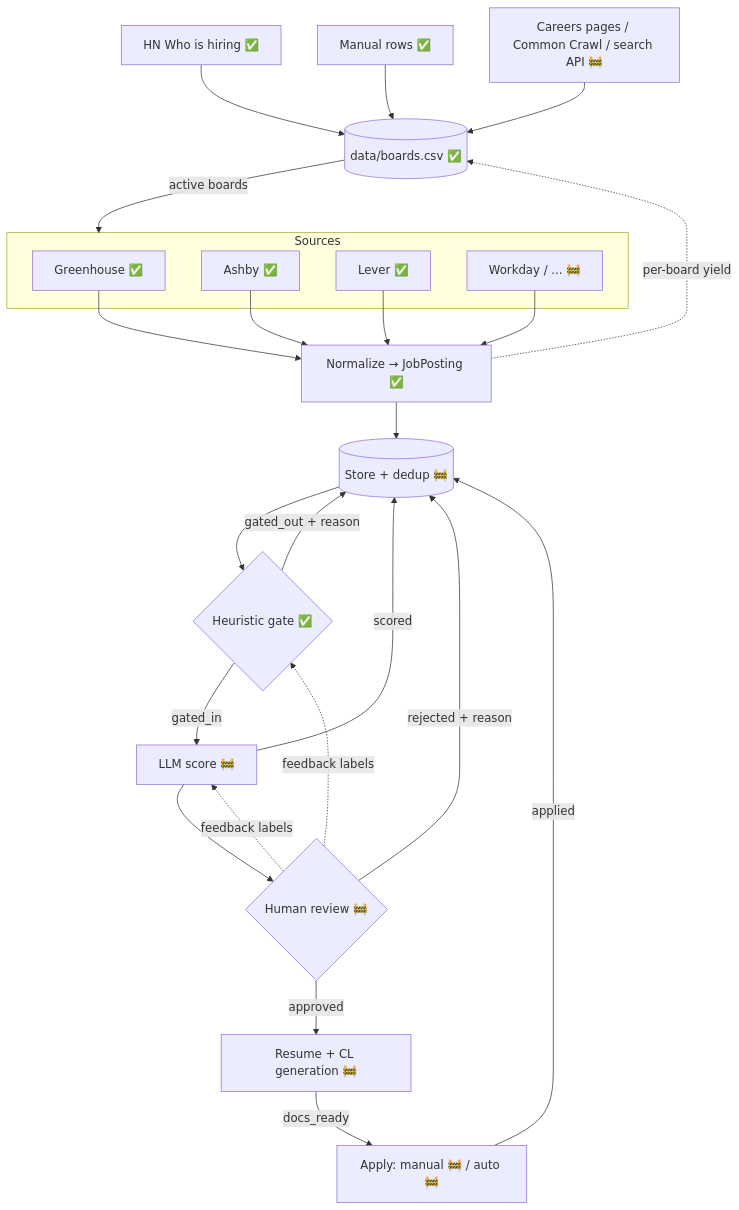
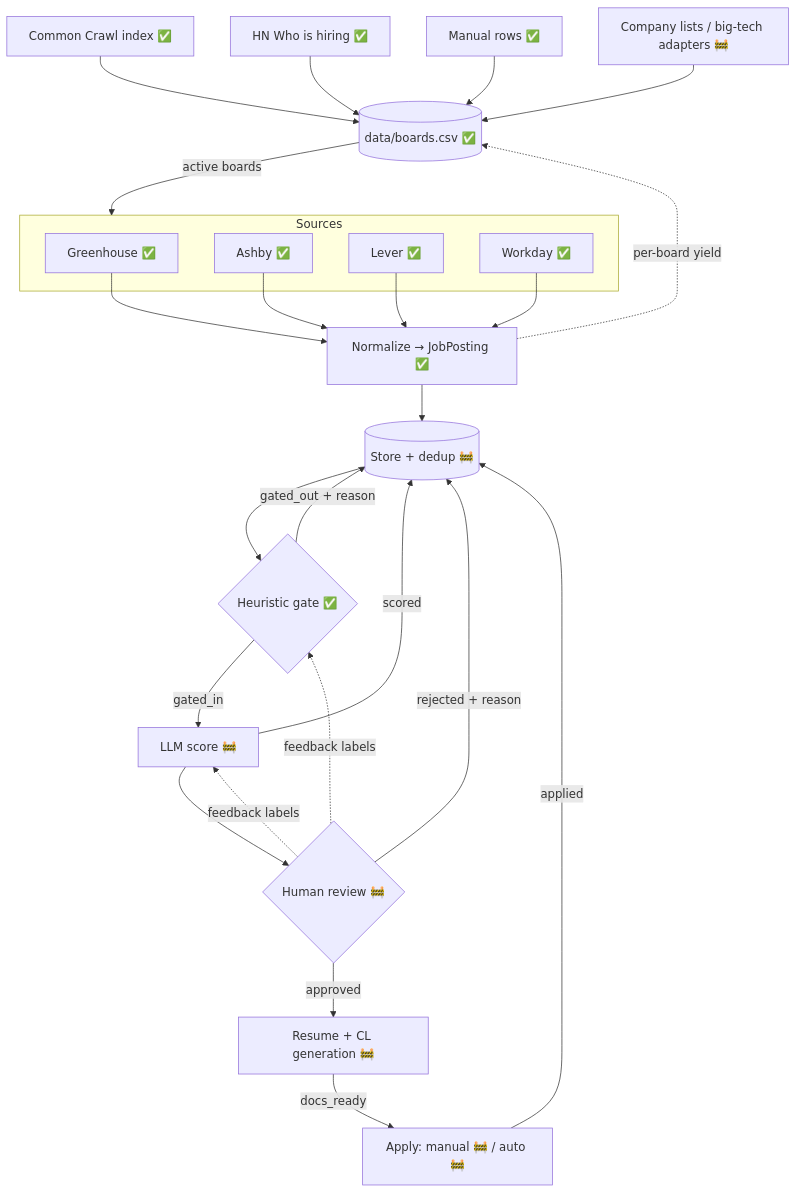
One commit to jadechen9285/job-funnel changed the diagram in docs/architecture.md. Above: the diagram before and after it, drawn with Mermaid. The commit also changed other lines of this file and 17 other files, not shown here.

Commit message:
broader the company query search.

````diff
--- a/docs/architecture.md
+++ b/docs/architecture.md
@@ -55,25 +56,25 @@
 ```mermaid
 flowchart TD
-    HN[HN Who is hiring ✅] & MAN[Manual rows ✅] & FUT[Careers pages / Common Crawl / search API 🚧] --> REG[(data/boards.csv ✅)]
+    CC[Common Crawl index ✅] & HN[HN Who is hiring ✅] & MAN[Manual rows ✅] & FUT[Company lists / big-tech adapters 🚧] --> REG[(data/boards.csv ✅)]
     REG -- active boards --> Sources
     subgraph Sources
         GH[Greenhouse ✅]
         AB[Ashby ✅]
         LV[Lever ✅]
-        WD[Workday / ... 🚧]
+        WD[Workday ✅]
     end
     GH & AB & LV & WD --> N[Normalize → JobPosting ✅]
     N -. per-board yield .-> REG
     N --> DB[(Store + dedup 🚧)]
     DB --> G{Heuristic gate ✅}
     G -- gated_out + reason --> DB
     G -- gated_in --> L[LLM score 🚧]
     L -- scored --> DB
     L --> R{Human review 🚧}
     R -- rejected + reason --> DB
     R -- approved --> D[Resume + CL generation 🚧]
     D -- docs_ready --> A[Apply: manual 🚧 / auto 🚧]
     A -- applied --> DB
     R -. feedback labels .-> G
     R -. feedback labels .-> L
 ```
````
